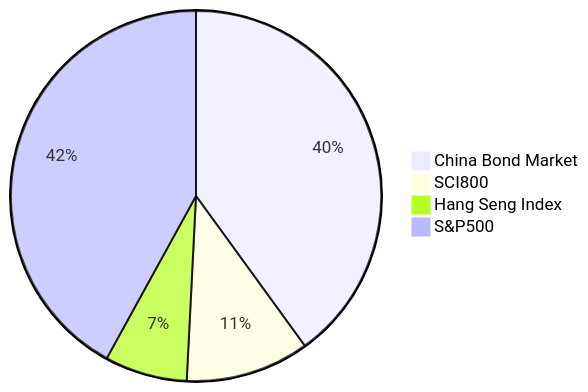
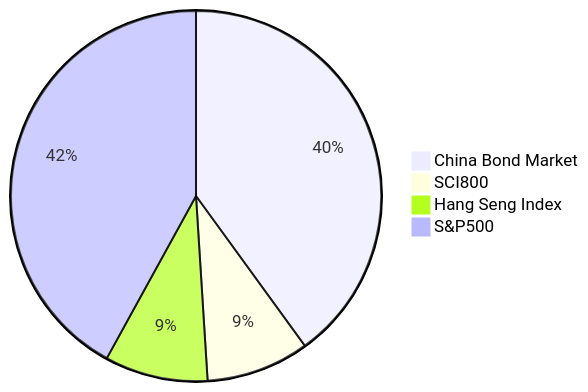
The third of 4 diagrams in couch-potato-chinese-investors.md (low-earth-orbit/notes), drawn with Mermaid before and after one commit. The commit also changed other lines of this file and 1 other file, not shown here.

````diff
--- a/couch-potato-chinese-investors.md
+++ b/couch-potato-chinese-investors.md
@@ -138,7 +111,7 @@
 ```mermaid
 pie
 "China Bond Market" : 40
-"SCI800" : 10.8
-"Hang Seng Index" : 7.2
+"SCI800" : 9
+"Hang Seng Index" : 9
 "S&P500" : 42
 ```
````
